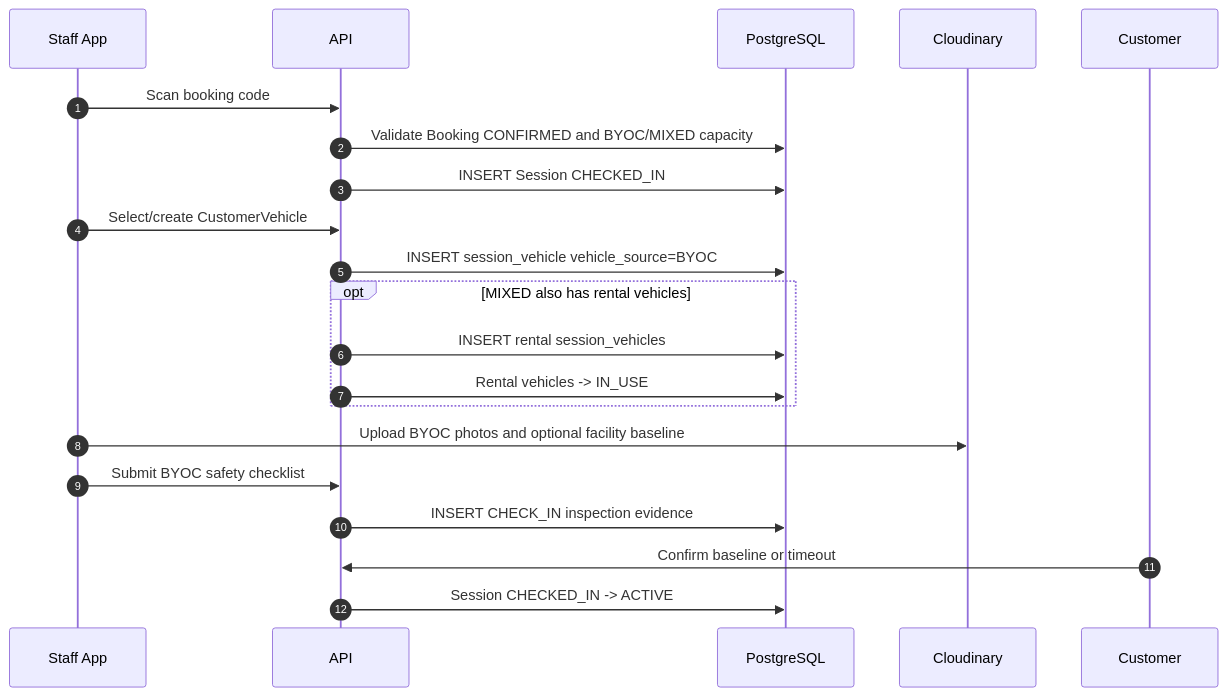
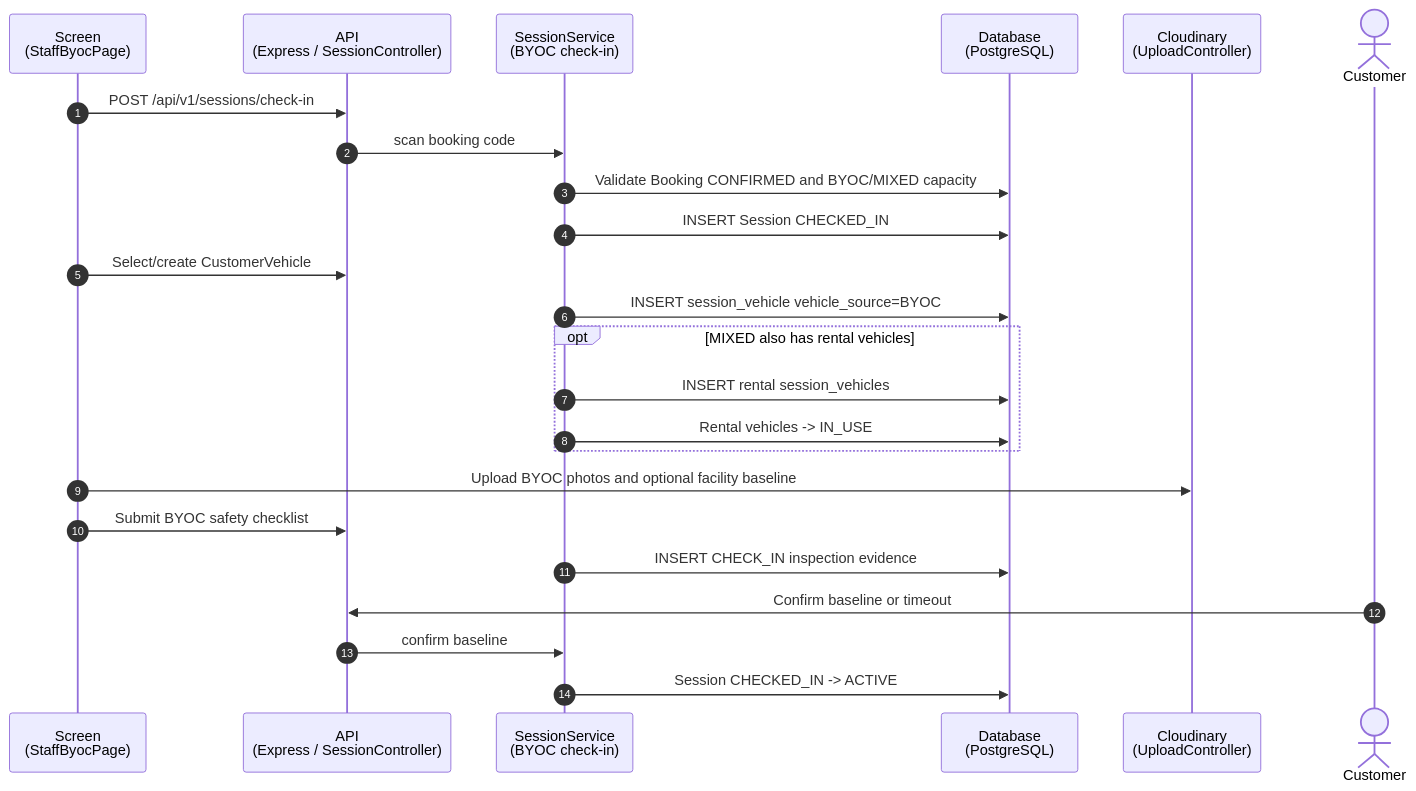
One commit to RCField-SEP490/rcfield-spec changed the sixth of 7 diagrams in docs/diagrams/sequence/sequence-flow-booking-operations.md. Above: the diagram before and after it, drawn with Mermaid. The commit also changed other lines of this file and 15 other files, not shown here.

First line of the commit message:
Add sequence flow diagrams for provider, staff, and supporting operations

````diff
--- a/docs/diagrams/sequence/sequence-flow-booking-operations.md
+++ b/docs/diagrams/sequence/sequence-flow-booking-operations.md
@@ -181,24 +199,27 @@
 ```mermaid
 sequenceDiagram
     autonumber
-    participant Staff as Staff App
-    participant API as API
-    participant DB as PostgreSQL
-    participant Store as Cloudinary
-    participant C as Customer
+    participant Staff as Screen<br/>(StaffByocPage)
+    participant API as API<br/>(Express / SessionController)
+    participant SS as SessionService<br/>(BYOC check-in)
+    participant DB as Database<br/>(PostgreSQL)
+    participant Store as Cloudinary<br/>(UploadController)
+    actor C as Customer
 
-    Staff->>API: Scan booking code
-    API->>DB: Validate Booking CONFIRMED and BYOC/MIXED capacity
-    API->>DB: INSERT Session CHECKED_IN
+    Staff->>API: POST /api/v1/sessions/check-in
+    API->>SS: scan booking code
+    SS->>DB: Validate Booking CONFIRMED and BYOC/MIXED capacity
+    SS->>DB: INSERT Session CHECKED_IN
     Staff->>API: Select/create CustomerVehicle
-    API->>DB: INSERT session_vehicle vehicle_source=BYOC
+    SS->>DB: INSERT session_vehicle vehicle_source=BYOC
     opt MIXED also has rental vehicles
-        API->>DB: INSERT rental session_vehicles
-        API->>DB: Rental vehicles -> IN_USE
+        SS->>DB: INSERT rental session_vehicles
+        SS->>DB: Rental vehicles -> IN_USE
     end
     Staff->>Store: Upload BYOC photos and optional facility baseline
     Staff->>API: Submit BYOC safety checklist
-    API->>DB: INSERT CHECK_IN inspection evidence
+    SS->>DB: INSERT CHECK_IN inspection evidence
     C->>API: Confirm baseline or timeout
-    API->>DB: Session CHECKED_IN -> ACTIVE
+    API->>SS: confirm baseline
+    SS->>DB: Session CHECKED_IN -> ACTIVE
 ```
````
